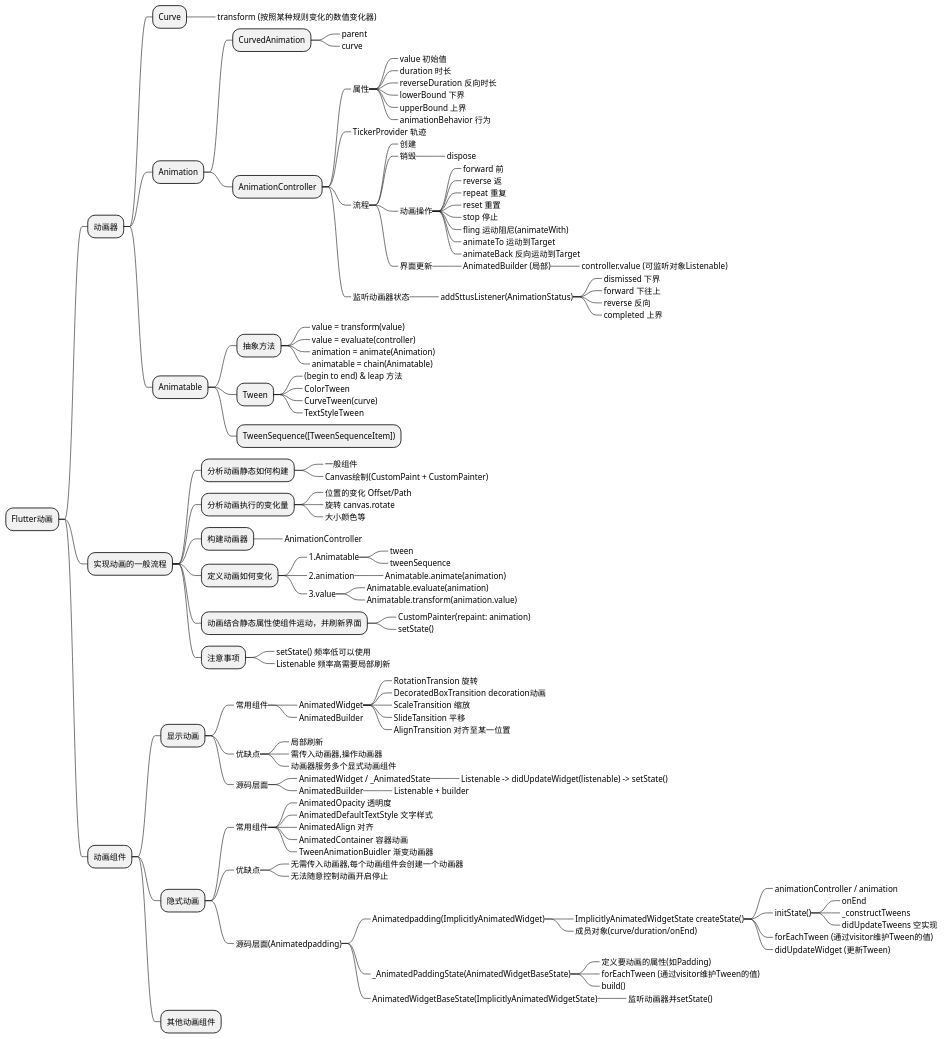
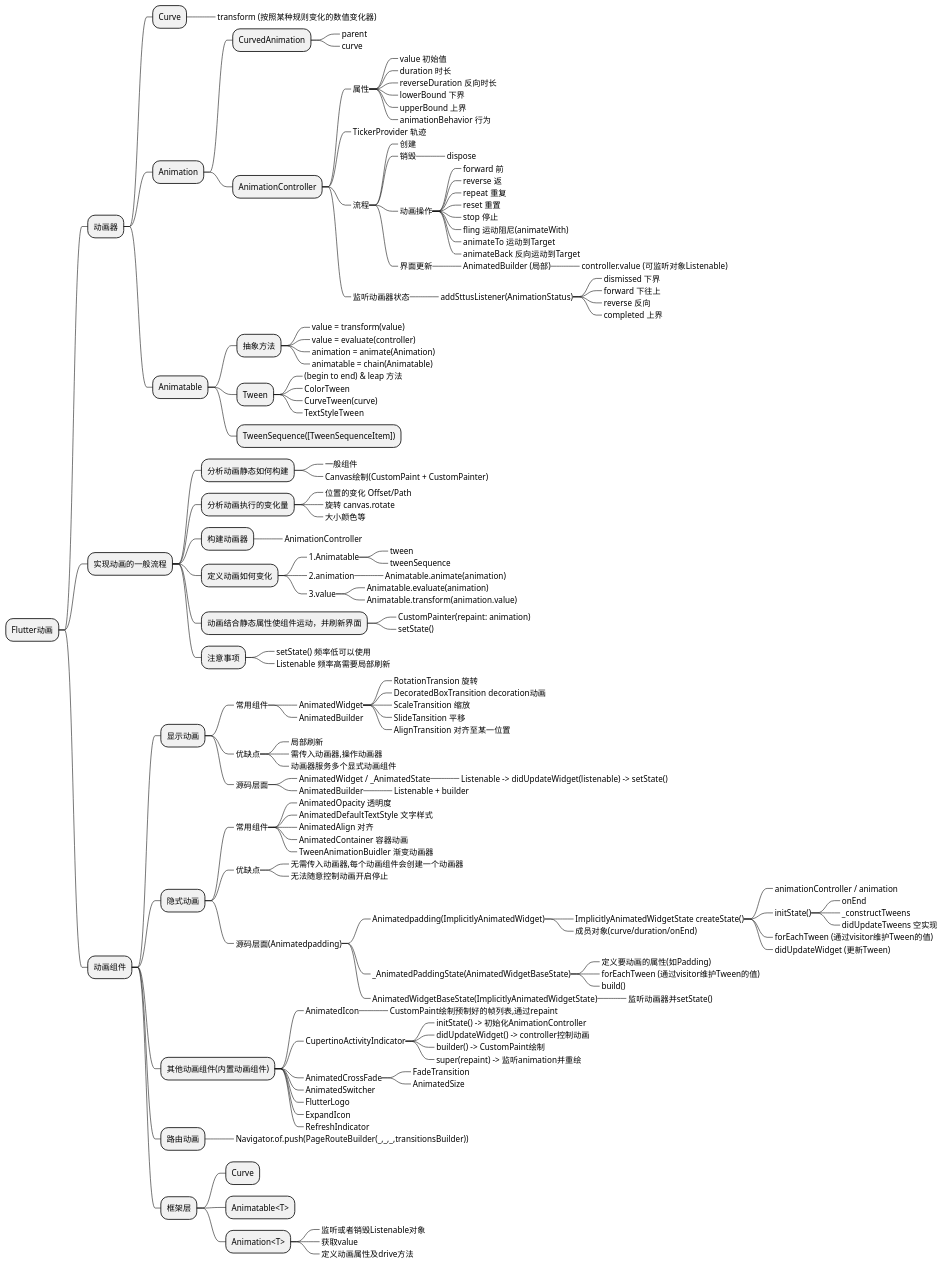
Before and after one commit to HEROhuqinchao/flutter_bilibili_getx: the first of 2 diagrams in lib/ui/pages/functions/animation_study/mindMap/mindMap.pu, drawn with PlantUML. The commit also changed other lines of this file and 4 other files, not shown here.

```diff
--- a/lib/ui/pages/functions/animation_study/mindMap/mindMap.pu
+++ b/lib/ui/pages/functions/animation_study/mindMap/mindMap.pu
@@ -1,128 +1,151 @@
 @startmindmap
 * Flutter动画
 ** 动画器
 *** Curve
 ****_ transform (按照某种规则变化的数值变化器)
 *** Animation
 **** CurvedAnimation
 *****_ parent
 *****_ curve
 **** AnimationController
 *****_ 属性
 ******_ value 初始值
 ******_ duration 时长
 ******_ reverseDuration 反向时长
 ******_ lowerBound 下界
 ******_ upperBound 上界
 ******_ animationBehavior 行为
 *****_ TickerProvider 轨迹
 *****_ 流程
 ******_ 创建
 ******_ 销毁
 *******_ dispose
 ******_ 动画操作
 *******_ forward 前
 *******_ reverse 返
 *******_ repeat 重复
 *******_ reset 重置
 *******_ stop 停止
 *******_ fling 运动阻尼(animateWith)
 *******_ animateTo 运动到Target
 *******_ animateBack 反向运动到Target
 ******_ 界面更新
 *******_ AnimatedBuilder (局部)
 ********_ controller.value (可监听对象Listenable)
 *****_ 监听动画器状态
 ******_ addSttusListener(AnimationStatus)
 *******_ dismissed 下界
 *******_ forward 下往上
 *******_ reverse 反向
 *******_ completed 上界
 *** Animatable
 **** 抽象方法
 *****_ value = transform(value)
 *****_ value = evaluate(controller)
 *****_ animation = animate(Animation)
 *****_ animatable = chain(Animatable)
 
 **** Tween
 *****_ (begin to end) & leap 方法
 *****_ ColorTween
 *****_ CurveTween(curve)
 *****_ TextStyleTween
 **** TweenSequence([TweenSequenceItem])
 
 ** 实现动画的一般流程
 *** 分析动画静态如何构建
 ****_ 一般组件
 ****_ Canvas绘制(CustomPaint + CustomPainter)
 *** 分析动画执行的变化量
 ****_ 位置的变化 Offset/Path
 ****_ 旋转 canvas.rotate
 ****_ 大小颜色等
 *** 构建动画器
 ****_ AnimationController
 *** 定义动画如何变化
 ****_ 1.Animatable
 *****_ tween
 *****_ tweenSequence
 ****_ 2.animation
 *****_ Animatable.animate(animation)
 ****_ 3.value
 *****_ Animatable.evaluate(animation)
 *****_ Animatable.transform(animation.value)
 *** 动画结合静态属性使组件运动，并刷新界面
 ****_ CustomPainter(repaint: animation)
 ****_ setState()
 *** 注意事项
 ****_ setState() 频率低可以使用
 ****_ Listenable 频率高需要局部刷新
 
 ** 动画组件
 *** 显示动画
 ****_ 常用组件
 *****_ AnimatedWidget
 ******_ RotationTransion 旋转
 ******_ DecoratedBoxTransition decoration动画
 ******_ ScaleTransition 缩放
 ******_ SlideTansition 平移
 ******_ AlignTransition 对齐至某一位置
 *****_ AnimatedBuilder
 ****_ 优缺点
 *****_ 局部刷新
 *****_ 需传入动画器,操作动画器
 *****_ 动画器服务多个显式动画组件
 ****_ 源码层面
 *****_ AnimatedWidget / _AnimatedState
 ******_ Listenable -> didUpdateWidget(listenable) -> setState()
 *****_ AnimatedBuilder
 ******_ Listenable + builder
 *** 隐式动画
 ****_ 常用组件
 *****_ AnimatedOpacity 透明度
 *****_ AnimatedDefaultTextStyle 文字样式
 *****_ AnimatedAlign 对齐
 *****_ AnimatedContainer 容器动画
 *****_ TweenAnimationBuidler 渐变动画器
 ****_ 优缺点
 *****_ 无需传入动画器,每个动画组件会创建一个动画器
 *****_ 无法随意控制动画开启停止
 ****_ 源码层面(Animatedpadding)
 *****_ Animatedpadding(ImplicitlyAnimatedWidget)
 ******_ ImplicitlyAnimatedWidgetState createState()
 *******_ animationController / animation
 *******_ initState()
 ********_ onEnd
 ********_ _constructTweens
 ********_ didUpdateTweens 空实现
 *******_ forEachTween (通过visitor维护Tween的值)
 *******_ didUpdateWidget (更新Tween)
 ******_ 成员对象(curve/duration/onEnd)
 *****_ _AnimatedPaddingState(AnimatedWidgetBaseState)
 ******_ 定义要动画的属性(如Padding)
 ******_ forEachTween (通过visitor维护Tween的值)
 ******_ build()
 *****_ AnimatedWidgetBaseState(ImplicitlyAnimatedWidgetState)
 ******_ 监听动画器并setState()
-*** 其他动画组件
+*** 其他动画组件(内置动画组件)
+****_ AnimatedIcon
+*****_ CustomPaint绘制预制好的帧列表,通过repaint
+****_ CupertinoActivityIndicator
+*****_ initState() -> 初始化AnimationController
+*****_ didUpdateWidget() -> controller控制动画
+*****_ builder() -> CustomPaint绘制
+*****_ super(repaint) -> 监听animation并重绘
+****_ AnimatedCrossFade
+*****_ FadeTransition
+*****_ AnimatedSize
+****_ AnimatedSwitcher
+****_ FlutterLogo
+****_ ExpandIcon
+****_ RefreshIndicator
+*** 路由动画
+****_ Navigator.of.push(PageRouteBuilder(_,_,_,transitionsBuilder))
+*** 框架层
+**** Curve
+**** Animatable<T>
+**** Animation<T>
+*****_ 监听或者销毁Listenable对象
+*****_ 获取value
+*****_ 定义动画属性及drive方法
 @endmindmap
```
